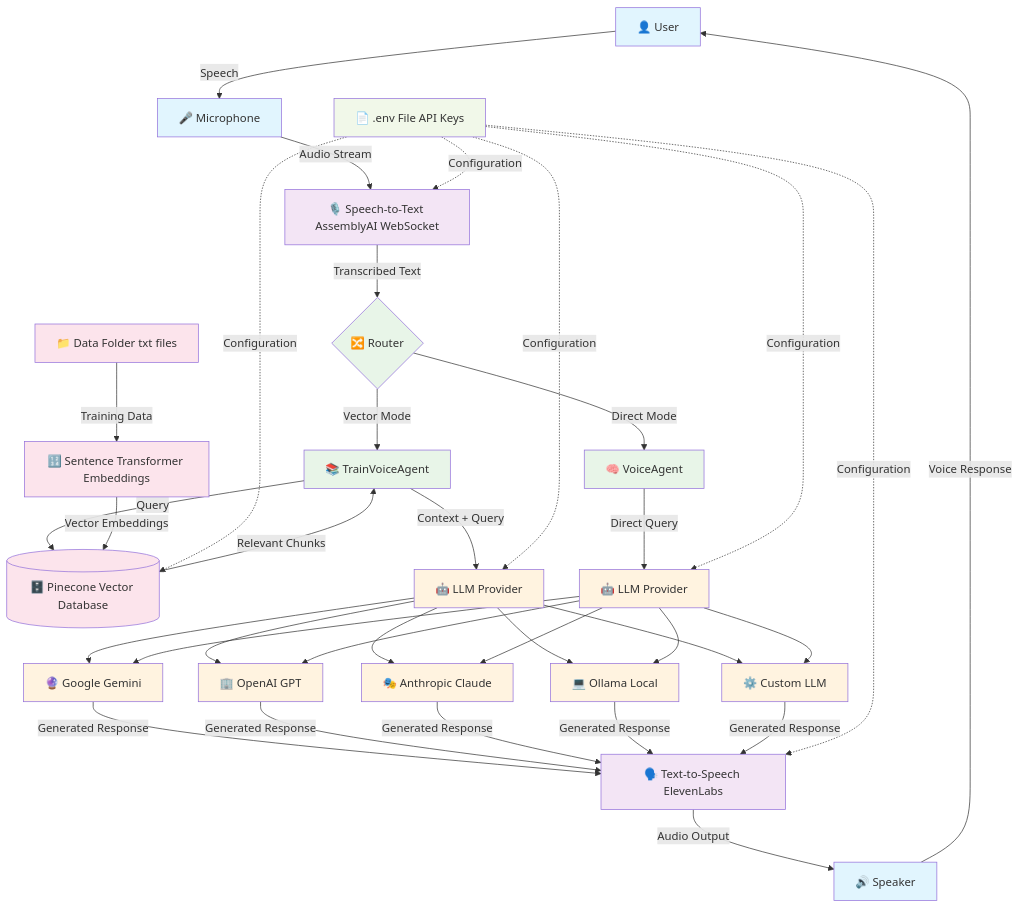
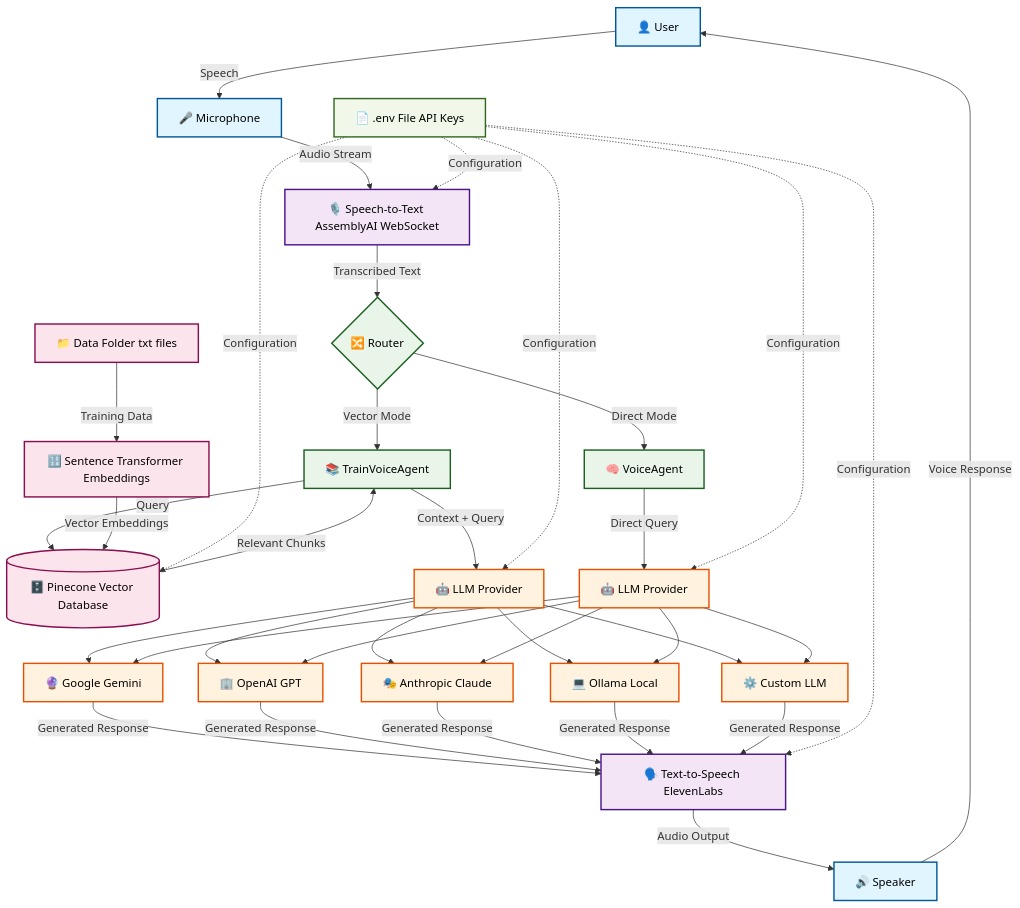
Before and after one commit to kishanravi887321/voice_agent_framework: the first of 2 diagrams in readme.md, drawn with Mermaid.

Commit message:
style: enhance diagram styling in README with dark text for better visibility

````diff
--- a/readme.md
+++ b/readme.md
@@ -35,59 +35,59 @@
 ```mermaid
 graph TB
     %% User Interaction Layer
     User[👤 User] -->|Speech| Mic[🎤 Microphone]
     Speaker[🔊 Speaker] -->|Voice Response| User
     
     %% Audio Processing Layer
     Mic -->|Audio Stream| STT[🎙️ Speech-to-Text AssemblyAI WebSocket]
     STT -->|Transcribed Text| Router{🔀 Router}
     
     %% Processing Decision
     Router -->|Vector Mode| VectorAgent[📚 TrainVoiceAgent]
     Router -->|Direct Mode| LLMAgent[🧠 VoiceAgent]
     
     %% Vector Database Flow
     VectorAgent -->|Query| VectorDB[(🗄️ Pinecone Vector Database)]
     VectorDB -->|Relevant Chunks| VectorAgent
     VectorAgent -->|Context + Query| LLM_V[🤖 LLM Provider]
     
     %% Direct LLM Flow
     LLMAgent -->|Direct Query| LLM_D[🤖 LLM Provider]
     
     %% LLM Providers
     LLM_V & LLM_D --> Gemini[🔮 Google Gemini]
     LLM_V & LLM_D --> OpenAI[🏢 OpenAI GPT]
     LLM_V & LLM_D --> Claude[🎭 Anthropic Claude]
     LLM_V & LLM_D --> Ollama[💻 Ollama Local]
     LLM_V & LLM_D --> Custom[⚙️ Custom LLM]
     
     %% Response Processing
     Gemini & OpenAI & Claude & Ollama & Custom -->|Generated Response| TTS[🗣️ Text-to-Speech ElevenLabs]
     TTS -->|Audio Output| Speaker
     
     %% Data Training Flow
     DataFolder[📁 Data Folder txt files] -->|Training Data| Embedder[🔢 Sentence Transformer Embeddings]
     Embedder -->|Vector Embeddings| VectorDB
     
     %% Configuration
     EnvFile[📄 .env File API Keys] -.->|Configuration| STT
     EnvFile -.->|Configuration| LLM_V
     EnvFile -.->|Configuration| LLM_D
     EnvFile -.->|Configuration| TTS
     EnvFile -.->|Configuration| VectorDB
 
-    %% Styling
-    classDef userLayer fill:#e1f5fe
-    classDef audioLayer fill:#f3e5f5
-    classDef processLayer fill:#e8f5e8
-    classDef llmLayer fill:#fff3e0
-    classDef dataLayer fill:#fce4ec
-    classDef configLayer fill:#f1f8e9
+    %% Styling with dark text
+    classDef userLayer fill:#e1f5fe,stroke:#01579b,stroke-width:2px,color:#000
+    classDef audioLayer fill:#f3e5f5,stroke:#4a148c,stroke-width:2px,color:#000
+    classDef processLayer fill:#e8f5e8,stroke:#1b5e20,stroke-width:2px,color:#000
+    classDef llmLayer fill:#fff3e0,stroke:#e65100,stroke-width:2px,color:#000
+    classDef dataLayer fill:#fce4ec,stroke:#880e4f,stroke-width:2px,color:#000
+    classDef configLayer fill:#f1f8e9,stroke:#33691e,stroke-width:2px,color:#000
     
     class User,Speaker,Mic userLayer
     class STT,TTS audioLayer
     class Router,VectorAgent,LLMAgent processLayer
     class Gemini,OpenAI,Claude,Ollama,Custom,LLM_V,LLM_D llmLayer
     class VectorDB,DataFolder,Embedder dataLayer
     class EnvFile configLayer
 ```
````
